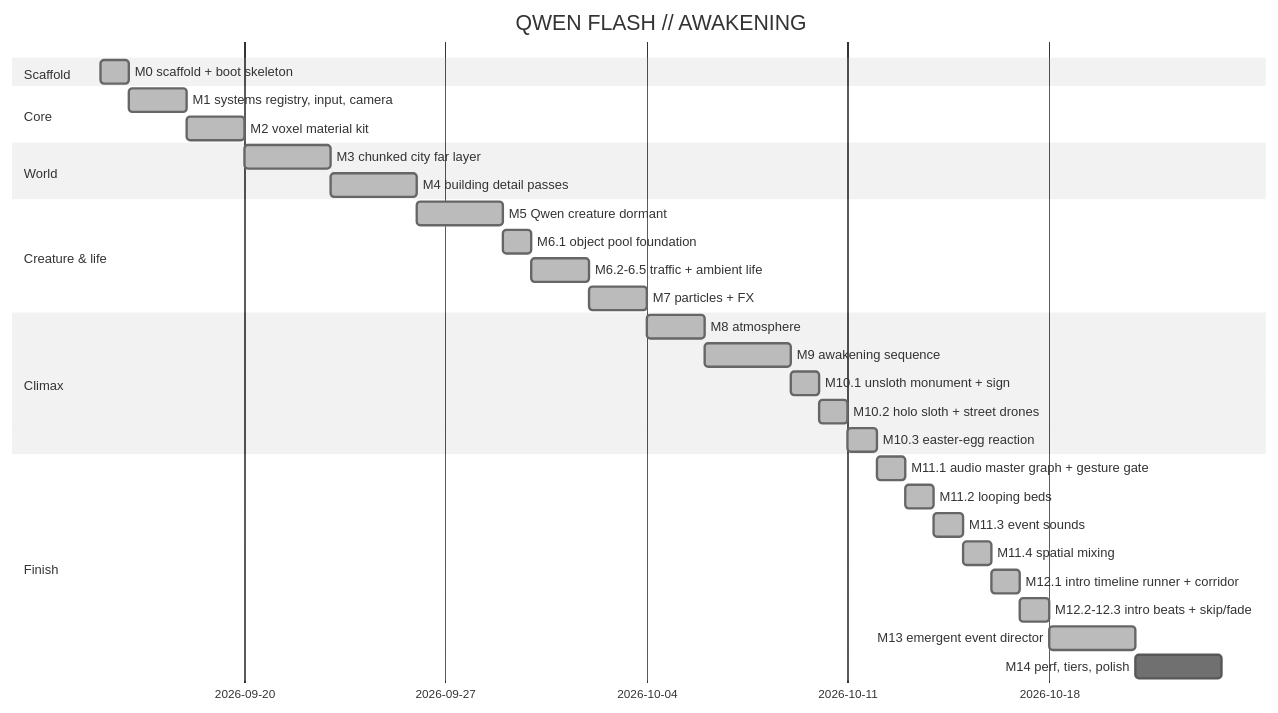
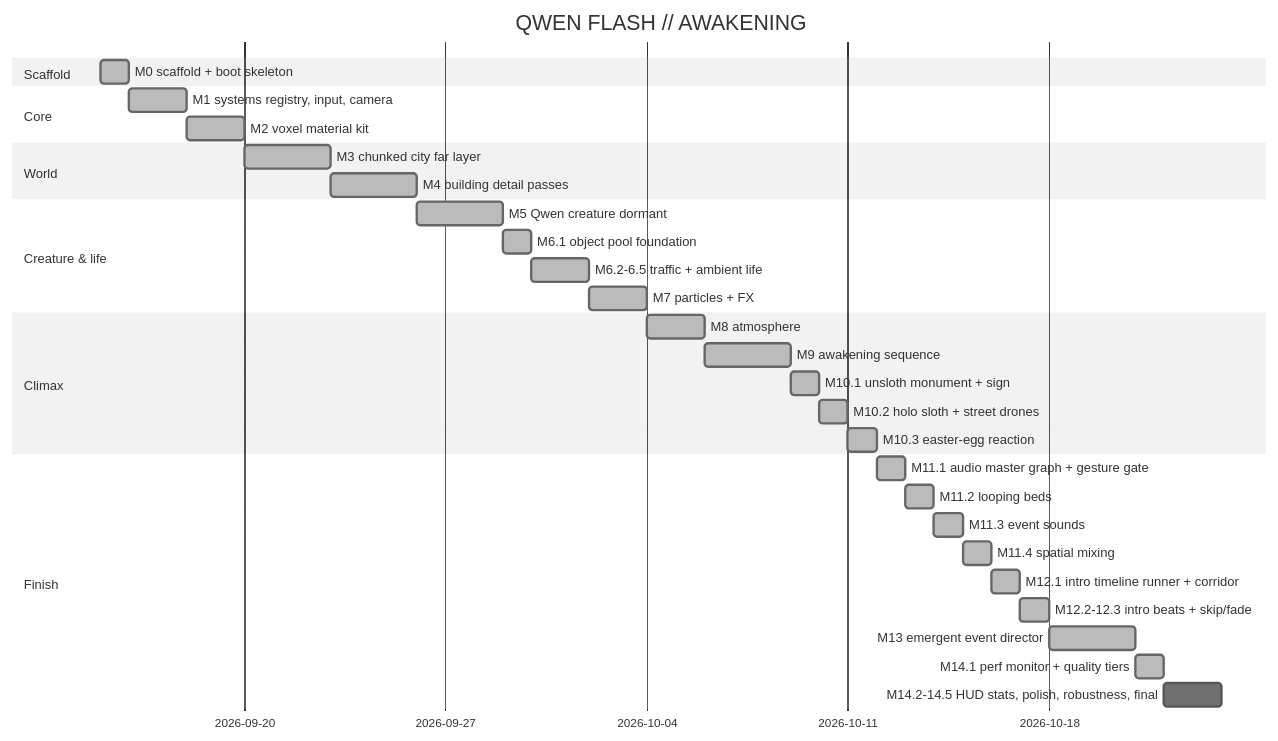
One commit to dilled/3dVoxelDemo changed the diagram in brain/roadmap.md. Above: the diagram before and after it, drawn with Mermaid (neutral theme). The commit also changed other lines of this file and 5 other files, not shown here.

````diff
--- a/brain/roadmap.md
+++ b/brain/roadmap.md
@@ -12,33 +12,34 @@
 ```mermaid
 gantt
   title QWEN FLASH // AWAKENING
   dateFormat YYYY-MM-DD
   section Scaffold
   M0 scaffold + boot skeleton :done, m0, 2026-09-15, 1d
   section Core
   M1 systems registry, input, camera :done, m1, after m0, 2d
   M2 voxel material kit :done, m2, after m1, 2d
   section World
   M3 chunked city far layer :done, m3, after m2, 3d
   M4 building detail passes :done, m4, after m3, 3d
   section Creature & life
   M5 Qwen creature dormant :done, m5, after m4, 3d
   M6.1 object pool foundation :done, m61, after m5, 1d
   M6.2-6.5 traffic + ambient life :done, m6, after m61, 2d
   M7 particles + FX :done, m7, after m6, 2d
   section Climax
   M8 atmosphere :done, m8, after m7, 2d
   M9 awakening sequence :done, m9, after m8, 3d
   M10.1 unsloth monument + sign :done, m101, after m9, 1d
   M10.2 holo sloth + street drones :done, m102, after m101, 1d
   M10.3 easter-egg reaction :done, m103, after m102, 1d
   section Finish
   M11.1 audio master graph + gesture gate :done, m111, after m103, 1d
   M11.2 looping beds :done, m112, after m111, 1d
   M11.3 event sounds :done, m113, after m112, 1d
   M11.4 spatial mixing :done, m114, after m113, 1d
   M12.1 intro timeline runner + corridor :done, m121, after m114, 1d
   M12.2-12.3 intro beats + skip/fade :done, m12, after m121, 1d
   M13 emergent event director :done, m13, after m12, 3d
-  M14 perf, tiers, polish :m14, after m13, 3d
+  M14.1 perf monitor + quality tiers :done, m141, after m13, 1d
+  M14.2-14.5 HUD stats, polish, robustness, final :m14, after m141, 2d
 ```
````
